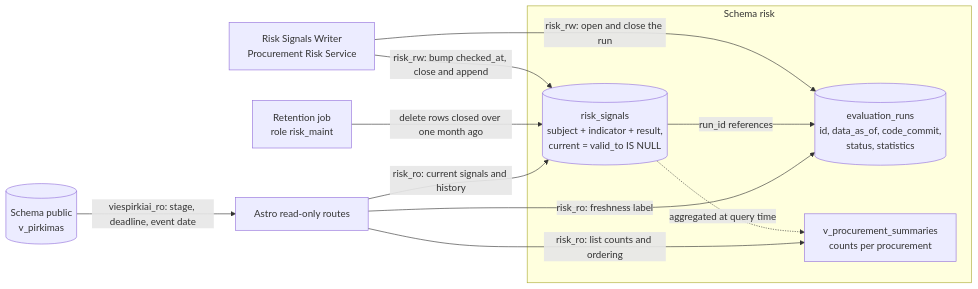
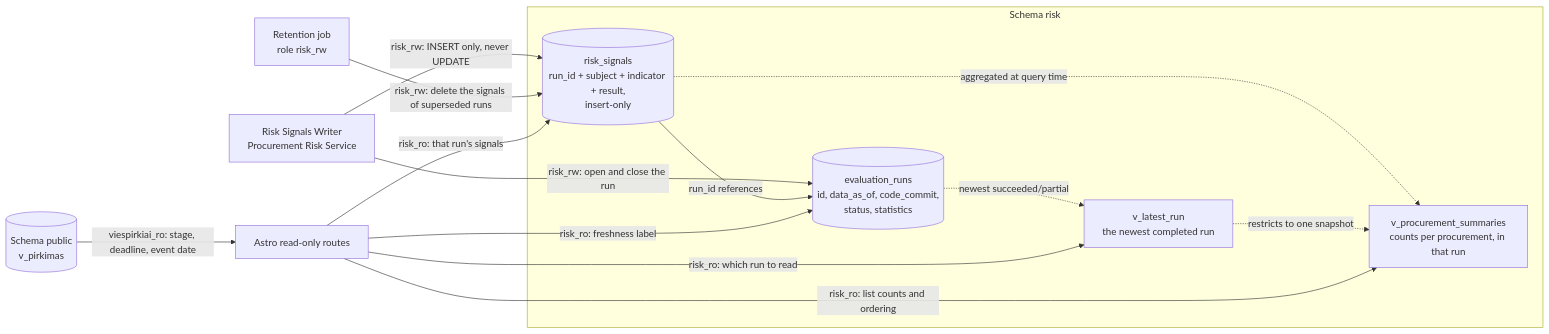
Before and after one commit to Viespirkiu-grupe/viespirkiai: the diagram in docs/indicators-story/risk-schema.md, drawn with Mermaid. The commit also changed other lines of this file and 16 other files, not shown here.

Commit message:
removed update, risk signals retrieved by the run id

````diff
--- a/docs/indicators-story/risk-schema.md
+++ b/docs/indicators-story/risk-schema.md
@@ -19,21 +27,25 @@
 ```mermaid
 flowchart LR
     W["Risk Signals Writer<br/>Procurement Risk Service"]
-    M["Retention job<br/>role risk_maint"]
+    M["Retention job<br/>role risk_rw"]
     subgraph risk["Schema risk"]
         R[("evaluation_runs<br/>id, data_as_of, code_commit,<br/>status, statistics")]
-        S[("risk_signals<br/>subject + indicator + result,<br/>current = valid_to IS NULL")]
-        V["v_procurement_summaries<br/>counts per procurement"]
+        S[("risk_signals<br/>run_id + subject + indicator + result,<br/>insert-only")]
+        L["v_latest_run<br/>the newest completed run"]
+        V["v_procurement_summaries<br/>counts per procurement, in that run"]
+        R -.->|" newest succeeded/partial "| L
         S -.->|" aggregated at query time "| V
+        L -.->|" restricts to one snapshot "| V
     end
     P[("Schema public<br/>v_pirkimas")]
     A["Astro read-only routes"]
     W -->|" risk_rw: open and close the run "| R
-    W -->|" risk_rw: bump checked_at, close and append "| S
+    W -->|" risk_rw: INSERT only, never UPDATE "| S
     S -->|" run_id references "| R
-    M -->|" delete rows closed over one month ago "| S
-    A -->|" risk_ro: current signals and history "| S
+    M -->|" risk_rw: delete the signals of superseded runs "| S
+    A -->|" risk_ro: which run to read "| L
+    A -->|" risk_ro: that run's signals "| S
     A -->|" risk_ro: list counts and ordering "| V
     A -->|" risk_ro: freshness label "| R
     P -->|" viespirkiai_ro: stage, deadline, event date "| A
 ```
````
